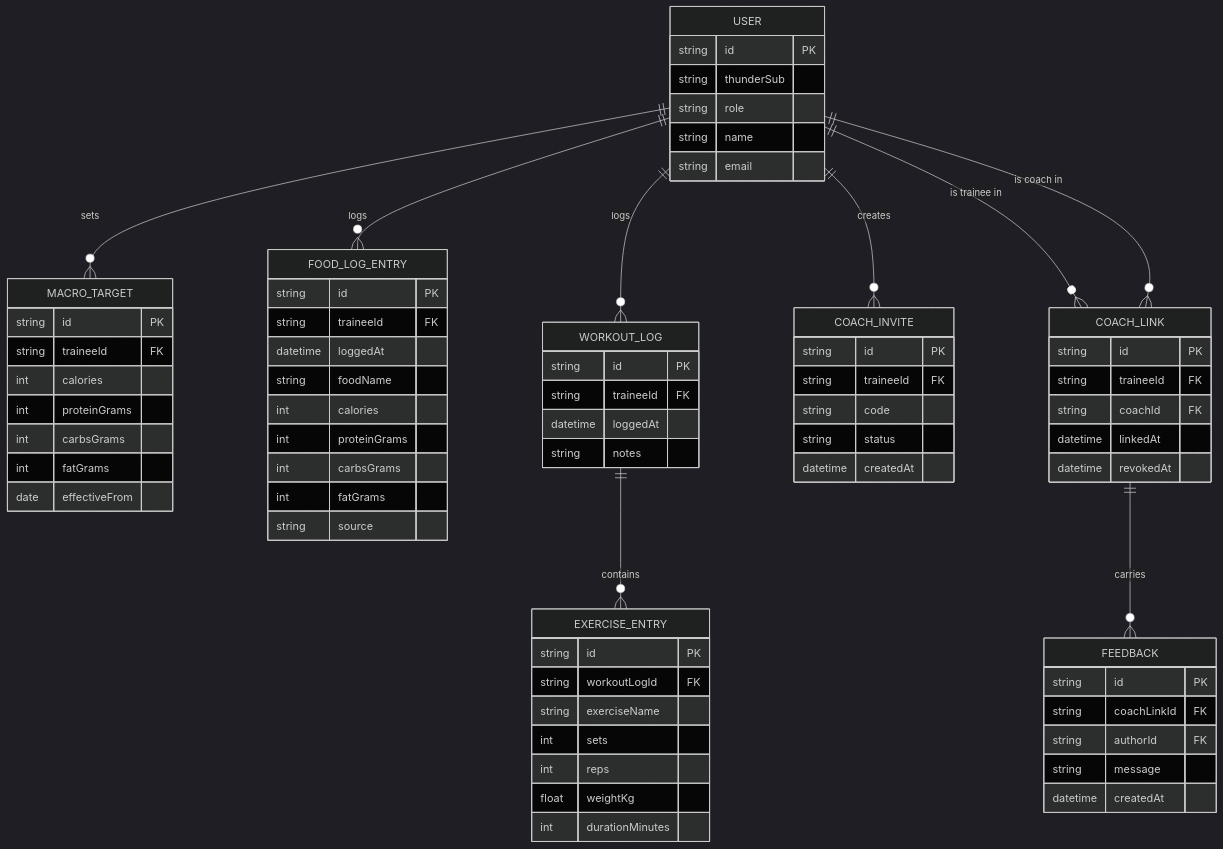
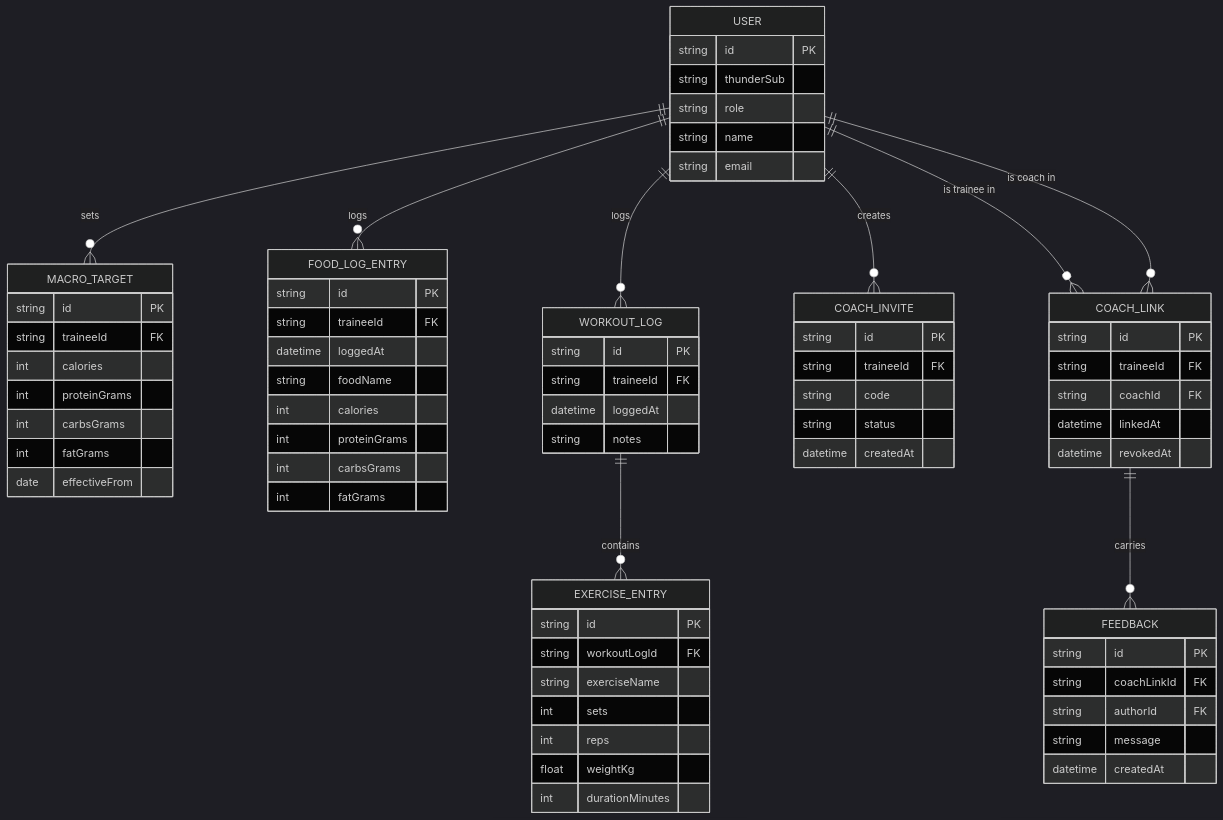
Before and after one commit to ae-demo/gym-macro-tracker231: the diagram in specs/design/domain-model.md, drawn with Mermaid (dark theme). The commit also changed 4 other files, not shown here.

````diff
--- a/specs/design/domain-model.md
+++ b/specs/design/domain-model.md
@@ -6,75 +6,74 @@
 ```mermaid
 erDiagram
     USER ||--o{ MACRO_TARGET : sets
     USER ||--o{ FOOD_LOG_ENTRY : logs
     USER ||--o{ WORKOUT_LOG : logs
     WORKOUT_LOG ||--o{ EXERCISE_ENTRY : contains
     USER ||--o{ COACH_INVITE : creates
     USER ||--o{ COACH_LINK : "is trainee in"
     USER ||--o{ COACH_LINK : "is coach in"
     COACH_LINK ||--o{ FEEDBACK : carries
 
     USER {
         string id PK
         string thunderSub
         string role
         string name
         string email
     }
     MACRO_TARGET {
         string id PK
         string traineeId FK
         int calories
         int proteinGrams
         int carbsGrams
         int fatGrams
         date effectiveFrom
     }
     FOOD_LOG_ENTRY {
         string id PK
         string traineeId FK
         datetime loggedAt
         string foodName
         int calories
         int proteinGrams
         int carbsGrams
         int fatGrams
-        string source
     }
     WORKOUT_LOG {
         string id PK
         string traineeId FK
         datetime loggedAt
         string notes
     }
     EXERCISE_ENTRY {
         string id PK
         string workoutLogId FK
         string exerciseName
         int sets
         int reps
         float weightKg
         int durationMinutes
     }
     COACH_INVITE {
         string id PK
         string traineeId FK
         string code
         string status
         datetime createdAt
     }
     COACH_LINK {
         string id PK
         string traineeId FK
         string coachId FK
         datetime linkedAt
         datetime revokedAt
     }
     FEEDBACK {
         string id PK
         string coachLinkId FK
         string authorId FK
         string message
         datetime createdAt
     }
 ```
````
